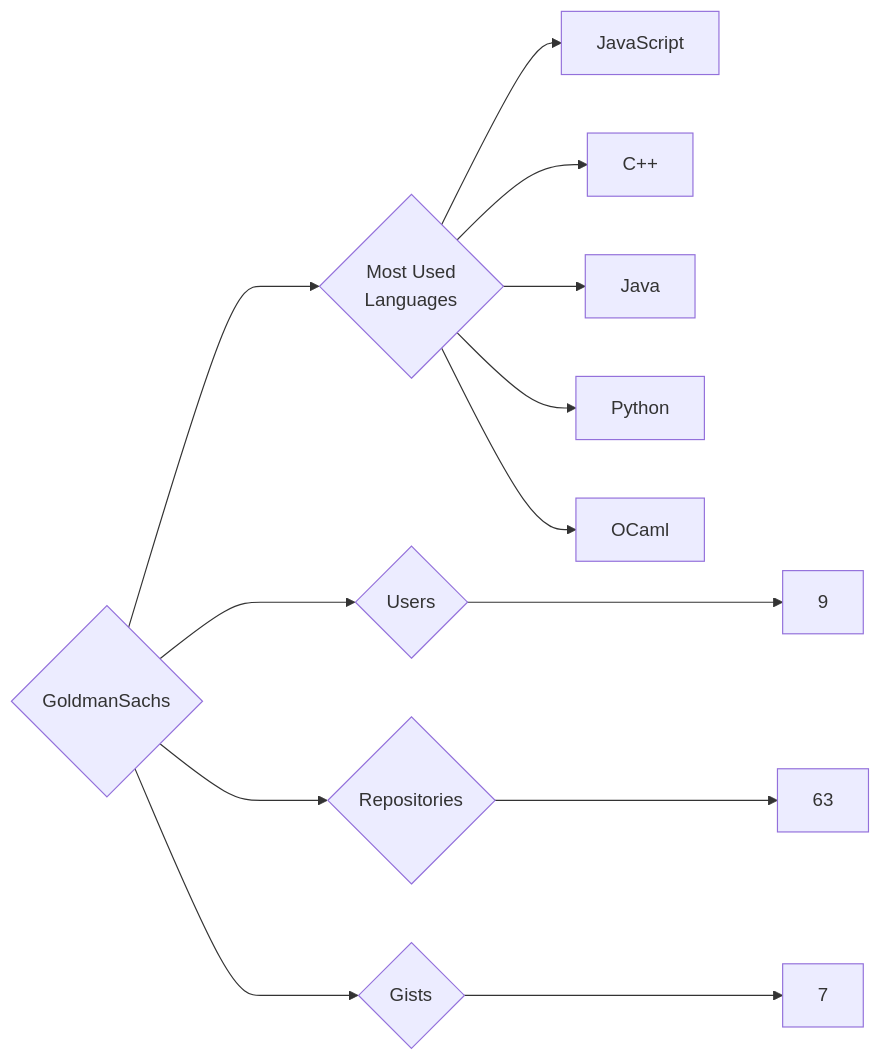
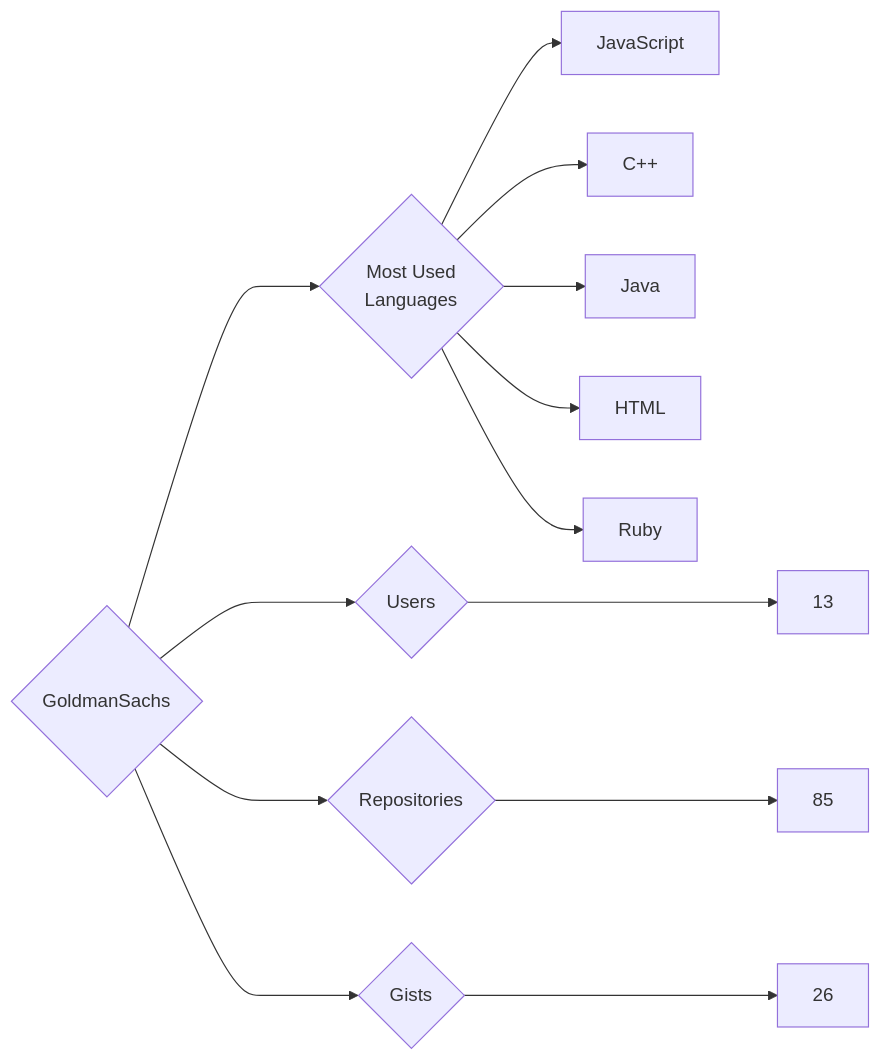
The diagram in targets/GoldmanSachs/README.md (trickest/insiders), drawn with Mermaid before and after one commit. The commit also changed 1195 other files, not shown here.

````diff
--- a/targets/GoldmanSachs/README.md
+++ b/targets/GoldmanSachs/README.md
@@ -3,13 +3,13 @@
 ```mermaid
 graph LR
 COMPANY_NAME{GoldmanSachs}
-COMPANY_NAME ---> U{Users} ---> UN[9]
-COMPANY_NAME ---> R{Repositories} ---> RN[63]
-COMPANY_NAME ---> G{Gists} ---> GN[7]
+COMPANY_NAME ---> U{Users} ---> UN[13]
+COMPANY_NAME ---> R{Repositories} ---> RN[85]
+COMPANY_NAME ---> G{Gists} ---> GN[26]
 COMPANY_NAME ---> ML{Most Used<br>Languages}
 ML --> JavaScript[JavaScript]
 ML --> C++[C++]
 ML --> Java[Java]
-ML --> Python[Python]
-ML --> OCaml[OCaml]
+ML --> HTML[HTML]
+ML --> Ruby[Ruby]
 ```
````
